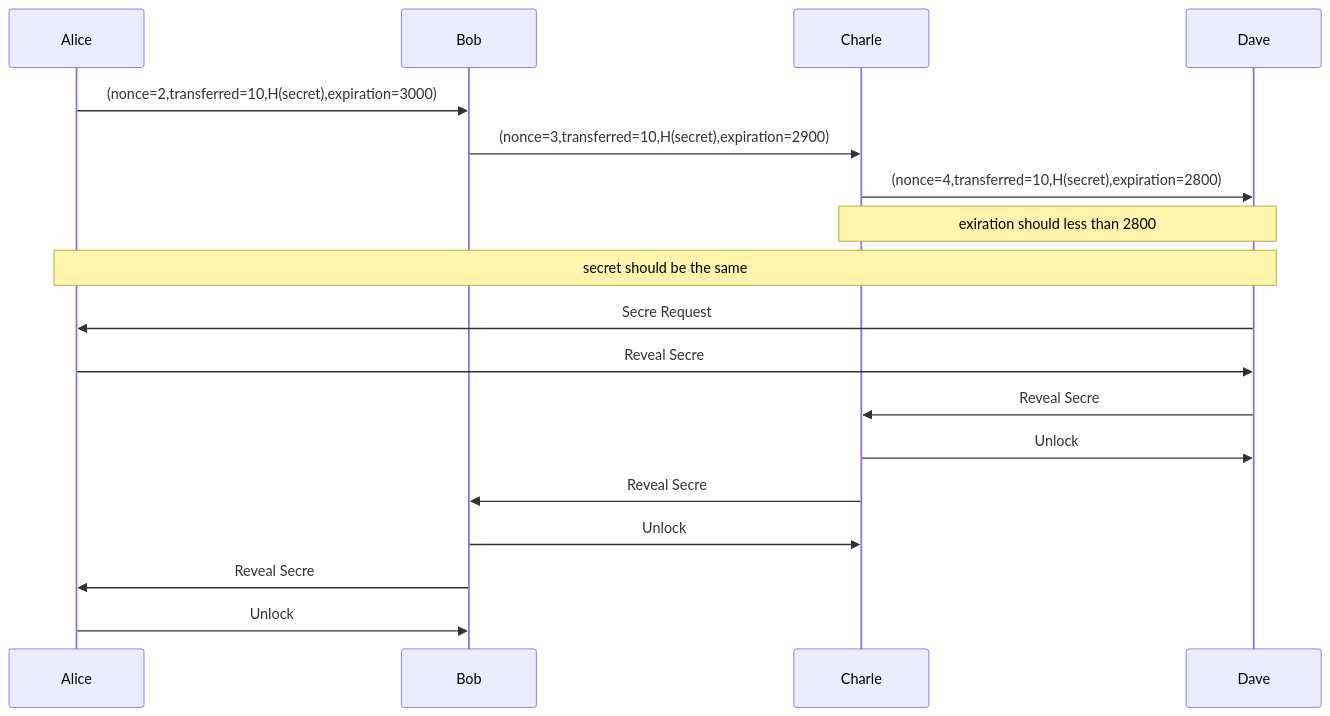
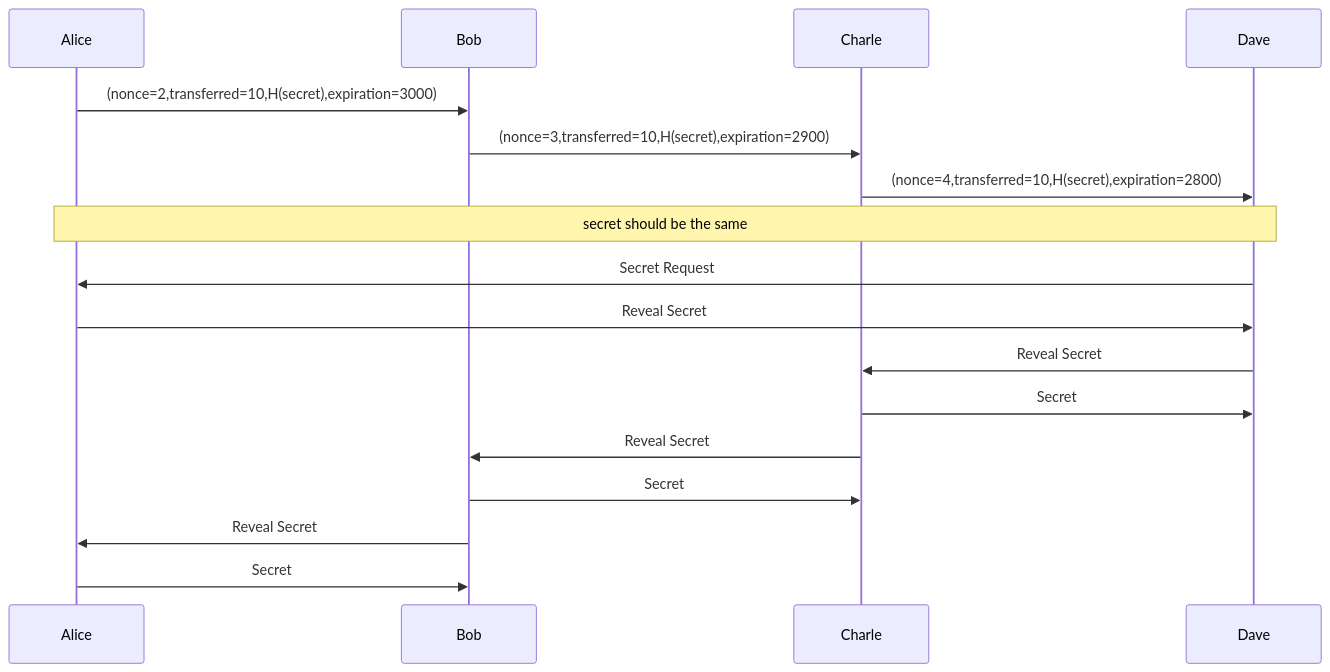
One commit to SmartMeshFoundation/Photon changed the diagram in docs/spec.md. Above: the diagram before and after it, drawn with Mermaid. The commit also changed other lines of this file and 5 other files, not shown here.

````diff
--- a/docs/spec.md
+++ b/docs/spec.md
@@ -91,20 +91,19 @@
 ```mermaid
 sequenceDiagram
     participant A as Alice
     participant B as Bob
     participant C as Charle
     participant D as Dave
     A  ->>  B: (nonce=2,transferred=10,H(secret),expiration=3000)
     B  ->>  C: (nonce=3,transferred=10,H(secret),expiration=2900)
     C  ->>  D: (nonce=4,transferred=10,H(secret),expiration=2800)
-    Note over C,D: exiration should less than 2800
     Note over A,D: secret should be the same
-    D  ->>  A: Secre Request
-    A  ->>  D: Reveal Secre
-    D  ->>  C: Reveal Secre
-    C  ->>  D: Unlock
-    C  ->>  B: Reveal Secre
-    B  ->>  C: Unlock
-    B  ->>  A: Reveal Secre
-    A  ->>  B: Unlock
+    D  ->>  A: Secret Request
+    A  ->>  D: Reveal Secret
+    D  ->>  C: Reveal Secret
+    C  ->>  D: Secret
+    C  ->>  B: Reveal Secret
+    B  ->>  C: Secret
+    B  ->>  A: Reveal Secret
+    A  ->>  B: Secret
 ```
````
